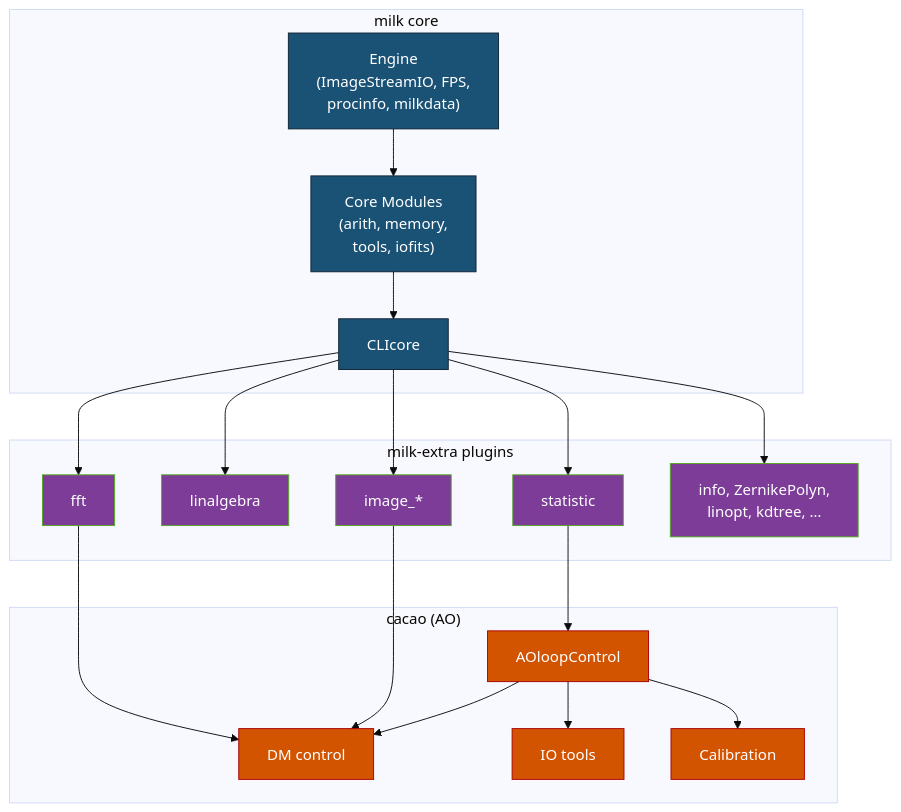
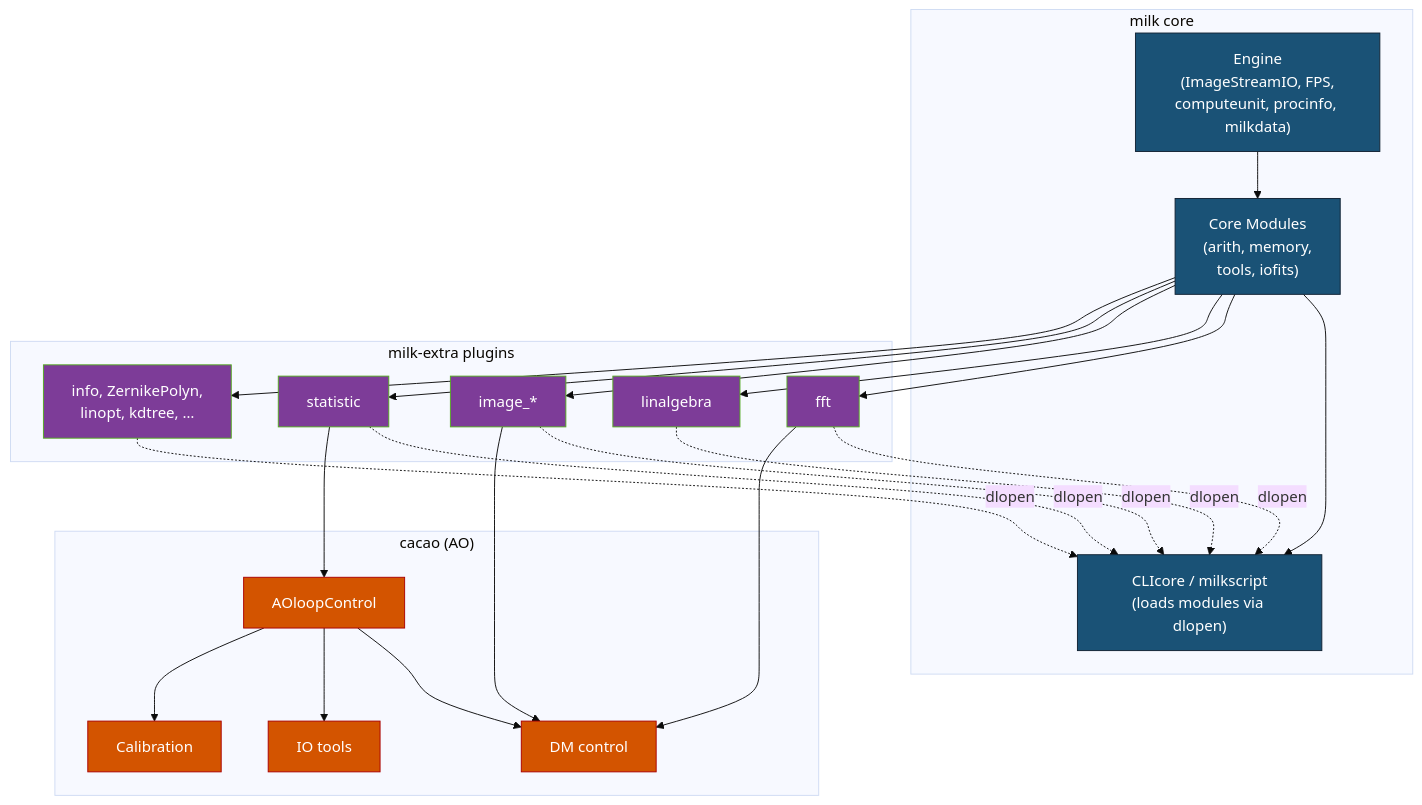
One commit to milk-org/milk changed the third of 3 diagrams in docs/arch/architecture.md. Above: the diagram before and after it, drawn with Mermaid (base theme). The commit also changed other lines of this file and 64 other files, not shown here.

First line of the commit message:
docs: update user guides, architecture references, and agent workflows for bash-engine and milk-CTRL

````diff
--- a/docs/arch/architecture.md
+++ b/docs/arch/architecture.md
@@ -276,45 +281,50 @@
 ```mermaid
 graph TD
     subgraph "milk core"
-        ENGINE["Engine<br/>(ImageStreamIO, FPS,<br/>procinfo, milkdata)"]
+        ENGINE["Engine<br/>(ImageStreamIO, FPS,<br/>computeunit, procinfo, milkdata)"]
         COREMODS["Core Modules<br/>(arith, memory,<br/>tools, iofits)"]
-        CLI["CLIcore"]
+        CLI["CLIcore / milkscript<br/>(loads modules via dlopen)"]
     end
 
     subgraph "milk-extra plugins"
         FFT["fft"]
         LINALG["linalgebra"]
         IMGPROC["image_*"]
         STAT["statistic"]
         OTHER["info, ZernikePolyn,<br/>linopt, kdtree, …"]
     end
 
     subgraph "cacao (AO)"
         AOLOOP["AOloopControl"]
         AODM["DM control"]
         AOIO["IO tools"]
         AOACQ["Calibration"]
     end
 
     ENGINE --> COREMODS
     COREMODS --> CLI
-    CLI --> FFT
-    CLI --> LINALG
-    CLI --> IMGPROC
-    CLI --> STAT
-    CLI --> OTHER
+    COREMODS --> FFT
+    COREMODS --> LINALG
+    COREMODS --> IMGPROC
+    COREMODS --> STAT
+    COREMODS --> OTHER
+    FFT -. "dlopen" .-> CLI
+    LINALG -. "dlopen" .-> CLI
+    IMGPROC -. "dlopen" .-> CLI
+    STAT -. "dlopen" .-> CLI
+    OTHER -. "dlopen" .-> CLI
 
     FFT --> AODM
     IMGPROC --> AODM
     STAT --> AOLOOP
     AOLOOP --> AODM
     AOLOOP --> AOIO
     AOLOOP --> AOACQ
 
     classDef core fill:#1a5276,stroke:#123,color:#fff
     classDef plugin fill:#7d3c98,stroke:#5a2,color:#fff
     classDef cacao fill:#d35400,stroke:#a00,color:#fff
     class ENGINE,COREMODS,CLI core
     class FFT,LINALG,IMGPROC,STAT,OTHER plugin
     class AOLOOP,AODM,AOIO,AOACQ cacao
 ```
````
